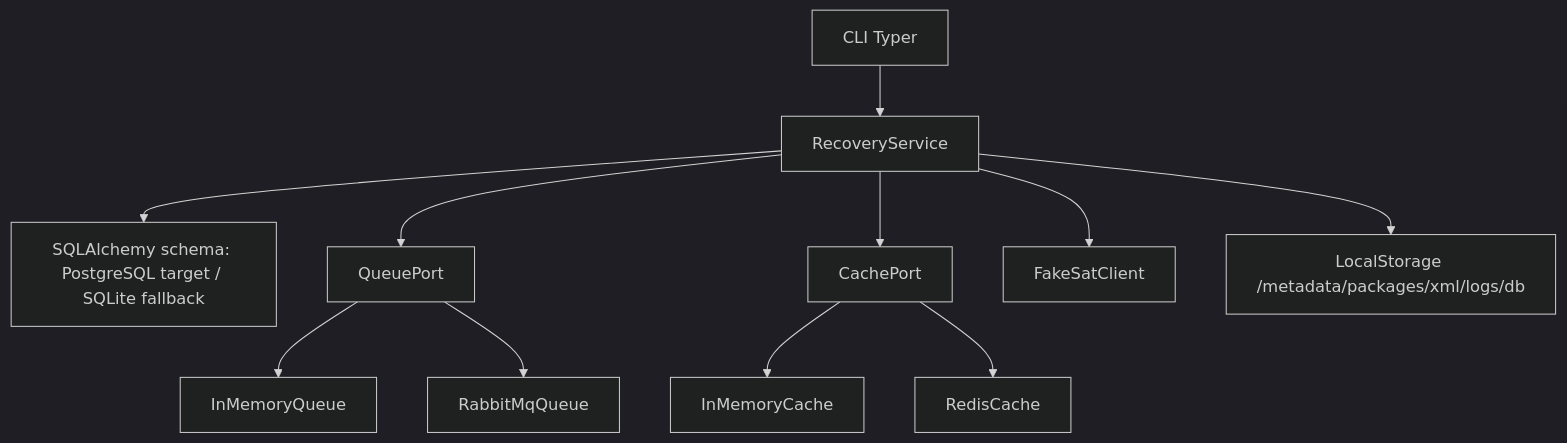
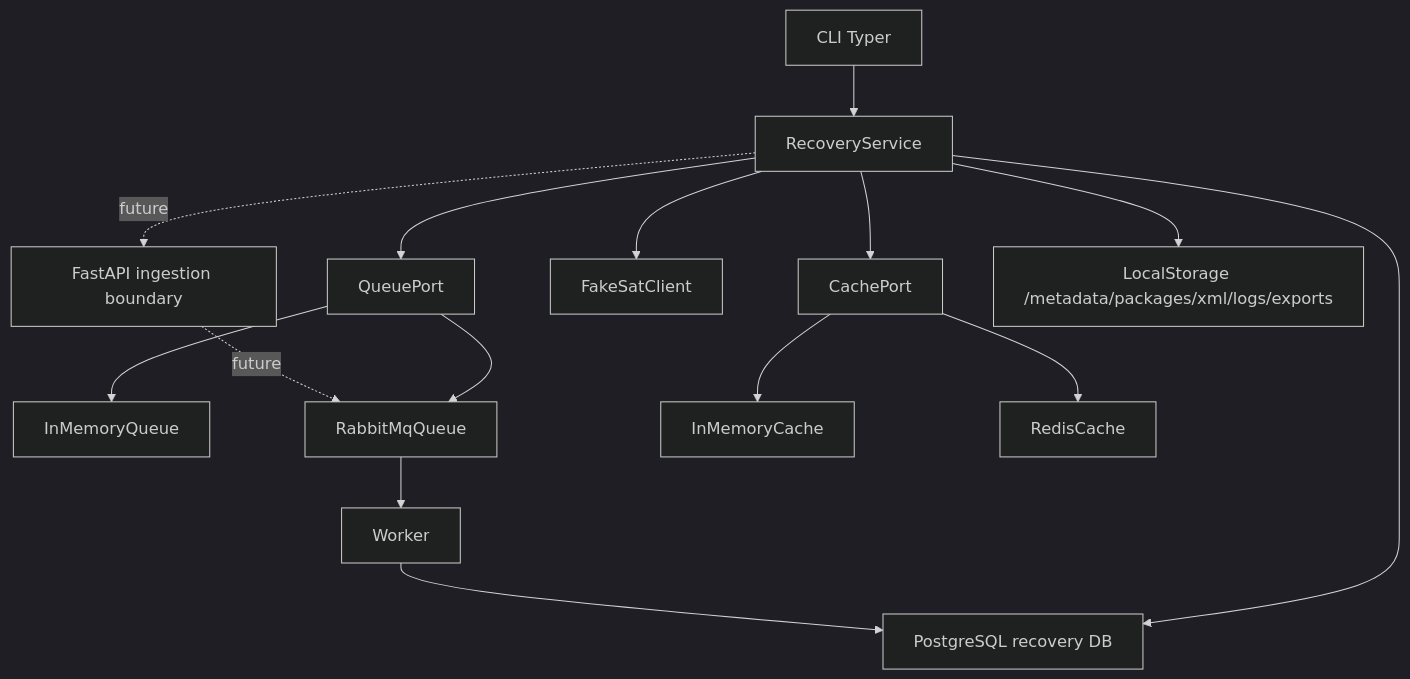
The first of 3 diagrams in docs/recovery-v2.md (Crls8a/cfdi-vault-mx), drawn with Mermaid (dark theme) before and after one commit. The commit also changed other lines of this file and 27 other files, not shown here.

Commit message:
docs(architecture): document postgres queue api contract

````diff
--- a/docs/recovery-v2.md
+++ b/docs/recovery-v2.md
@@ -36,13 +32,17 @@
 ```mermaid
 flowchart TD
     CLI["CLI Typer"] --> APP["RecoveryService"]
-    APP --> DB["SQLAlchemy schema: PostgreSQL target / SQLite fallback"]
+    APP --> DB["PostgreSQL recovery DB"]
     APP --> QP["QueuePort"]
     APP --> CP["CachePort"]
     APP --> SAT["FakeSatClient"]
+    APP -. future .-> API["FastAPI ingestion boundary"]
     QP --> IMQ["InMemoryQueue"]
     QP --> RMQ["RabbitMqQueue"]
     CP --> IMC["InMemoryCache"]
     CP --> REDIS["RedisCache"]
-    APP --> STORAGE["LocalStorage <RFC>/metadata/packages/xml/logs/db"]
+    APP --> STORAGE["LocalStorage <RFC>/metadata/packages/xml/logs/exports"]
+    API -. future .-> RMQ
+    RMQ --> WORKER["Worker"]
+    WORKER --> DB
 ```
````
